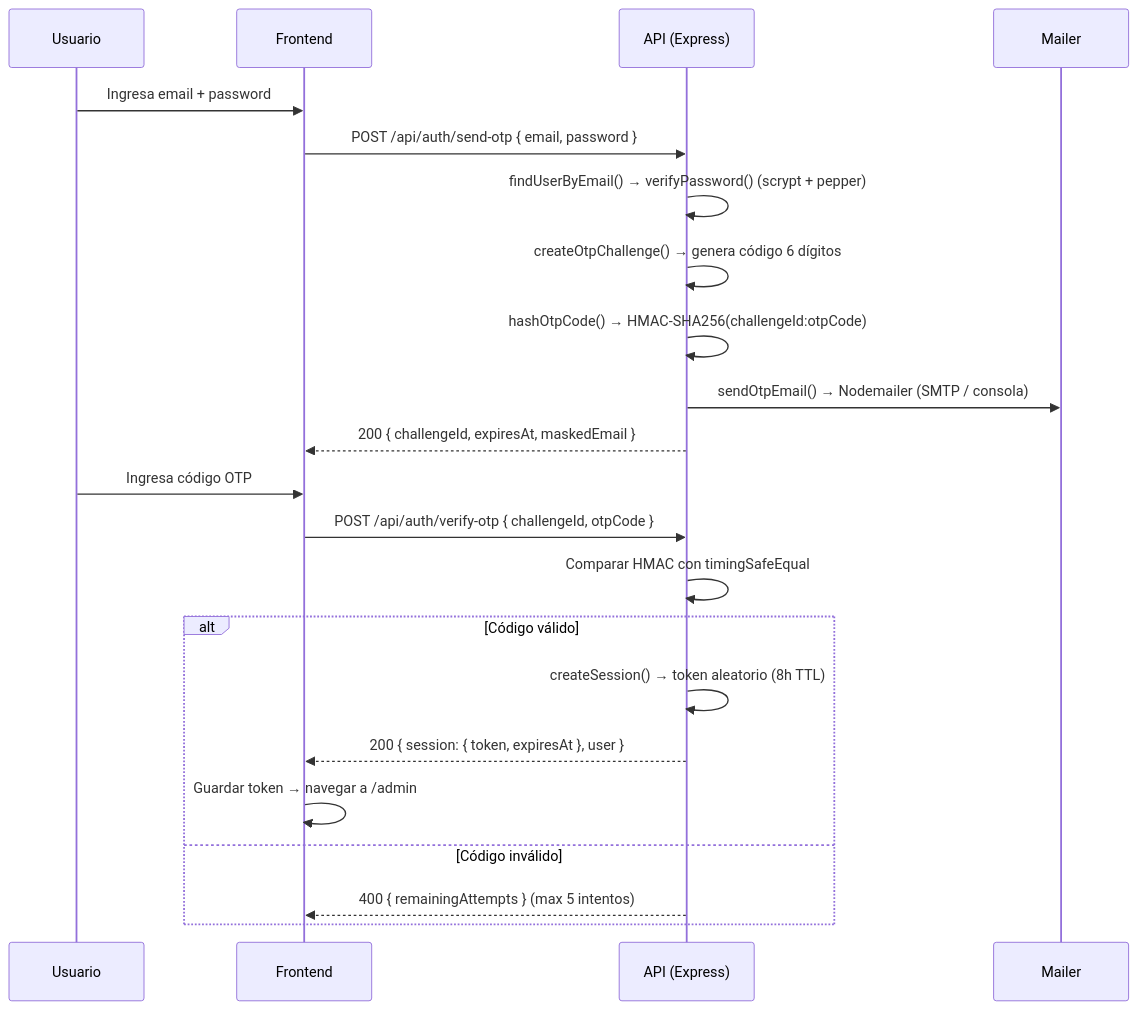
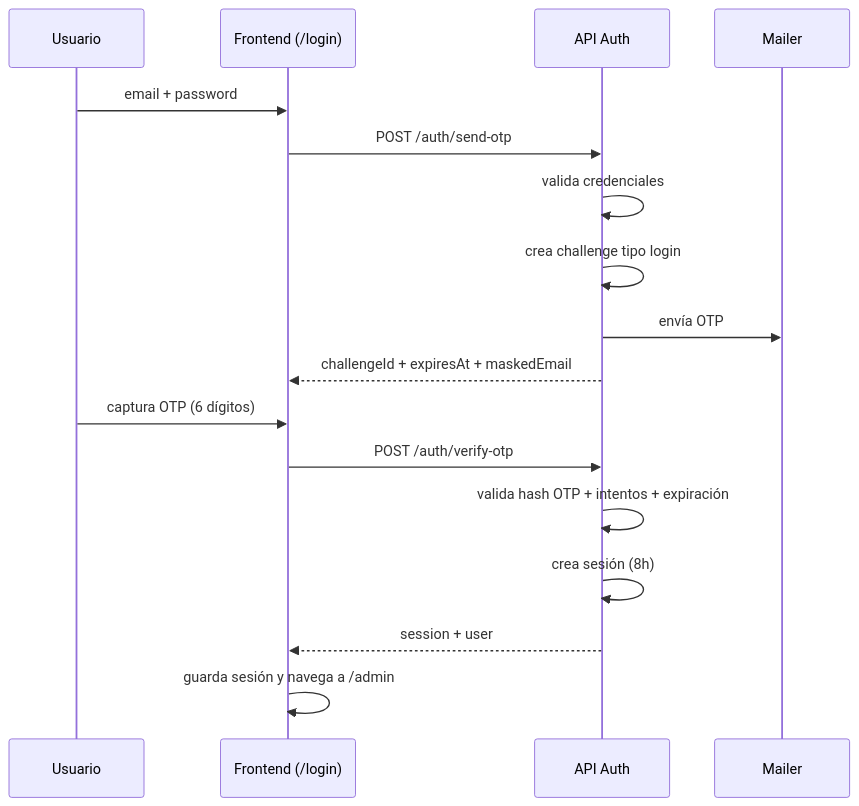
Before and after one commit to Abiel252005/huerto-Connect: the first of 4 diagrams in API_ANALYSIS.md, drawn with Mermaid. The commit also changed other lines of this file, not shown here.

````diff
--- a/API_ANALYSIS.md
+++ b/API_ANALYSIS.md
@@ -42,26 +76,21 @@
 ```mermaid
 sequenceDiagram
     participant U as Usuario
-    participant F as Frontend
-    participant A as API (Express)
+    participant F as Frontend (/login)
+    participant A as API Auth
     participant M as Mailer
 
-    U->>F: Ingresa email + password
-    F->>A: POST /api/auth/send-otp { email, password }
-    A->>A: findUserByEmail() → verifyPassword() (scrypt + pepper)
-    A->>A: createOtpChallenge() → genera código 6 dígitos
-    A->>A: hashOtpCode() → HMAC-SHA256(challengeId:otpCode)
-    A->>M: sendOtpEmail() → Nodemailer (SMTP / consola)
-    A-->>F: 200 { challengeId, expiresAt, maskedEmail }
+    U->>F: email + password
+    F->>A: POST /auth/send-otp
+    A->>A: valida credenciales
+    A->>A: crea challenge tipo login
+    A->>M: envía OTP
+    A-->>F: challengeId + expiresAt + maskedEmail
 
-    U->>F: Ingresa código OTP
-    F->>A: POST /api/auth/verify-otp { challengeId, otpCode }
-    A->>A: Comparar HMAC con timingSafeEqual
-    alt Código válido
-        A->>A: createSession() → token aleatorio (8h TTL)
-        A-->>F: 200 { session: { token, expiresAt }, user }
-        F->>F: Guardar token → navegar a /admin
-    else Código inválido
-        A-->>F: 400 { remainingAttempts } (max 5 intentos)
-    end
+    U->>F: captura OTP (6 dígitos)
+    F->>A: POST /auth/verify-otp
+    A->>A: valida hash OTP + intentos + expiración
+    A->>A: crea sesión (8h)
+    A-->>F: session + user
+    F->>F: guarda sesión y navega a /admin
 ```
````
